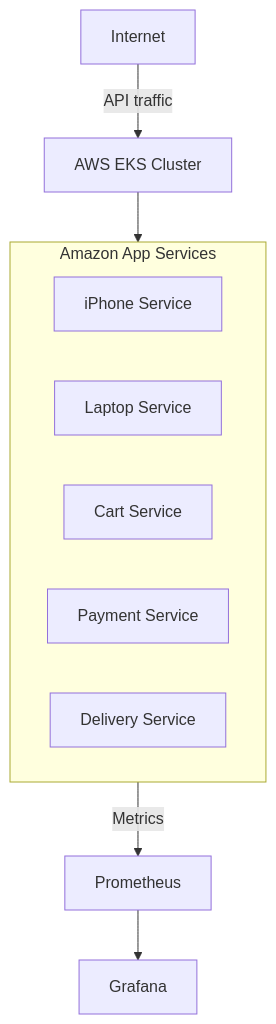
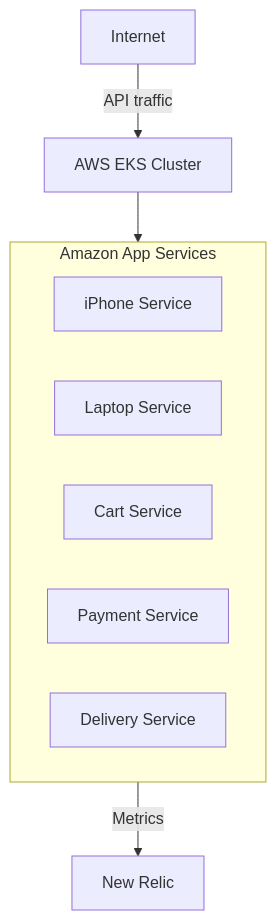
One commit to Sumanthreddypmr/Amazon changed the diagram in README.md. Above: the diagram before and after it, drawn with Mermaid. The commit also changed other lines of this file and 3 other files, not shown here.

````diff
--- a/README.md
+++ b/README.md
@@ -28,14 +28,13 @@
 ```mermaid
 flowchart TD
   Internet -->|API traffic| EKSCluster["AWS EKS Cluster"]
   subgraph AppPods["Amazon App Services"]
     A[iPhone Service]
     B[Laptop Service]
     C[Cart Service]
     D[Payment Service]
     E[Delivery Service]
   end
   EKSCluster --> AppPods
-  AppPods -->|Metrics| Prometheus["Prometheus"]
-  Prometheus --> Grafana["Grafana"]
+  AppPods -->|Metrics| NewRelic["New Relic"]
 ```
````
